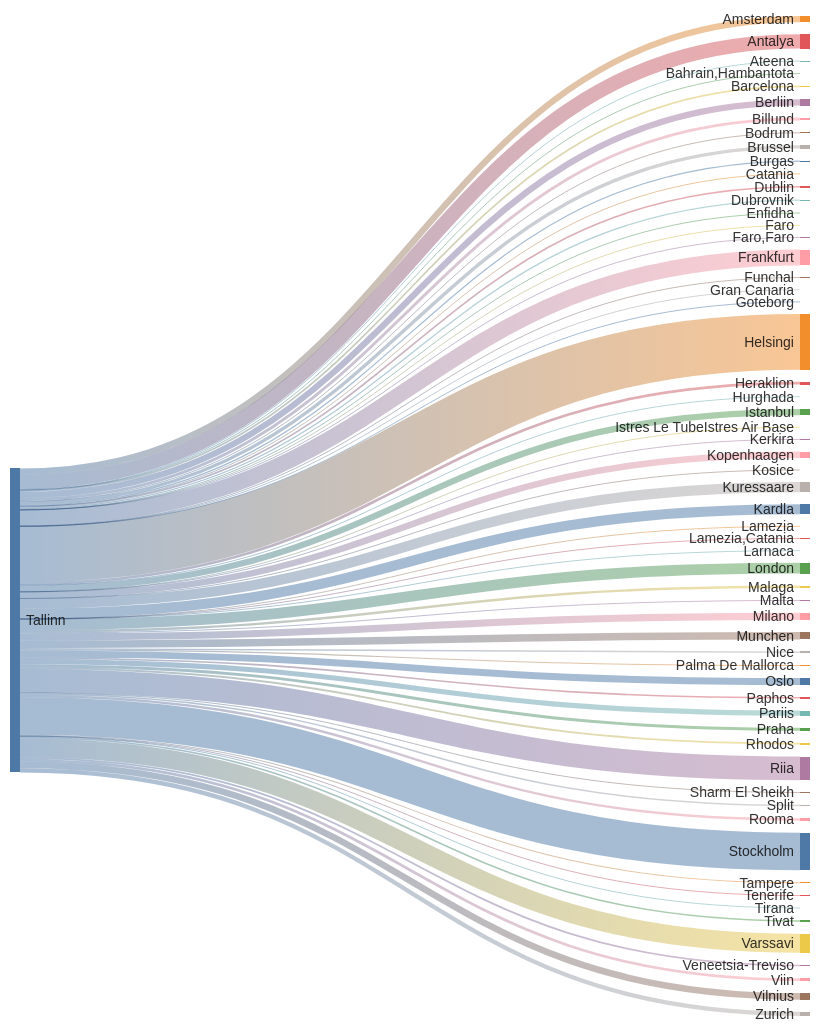
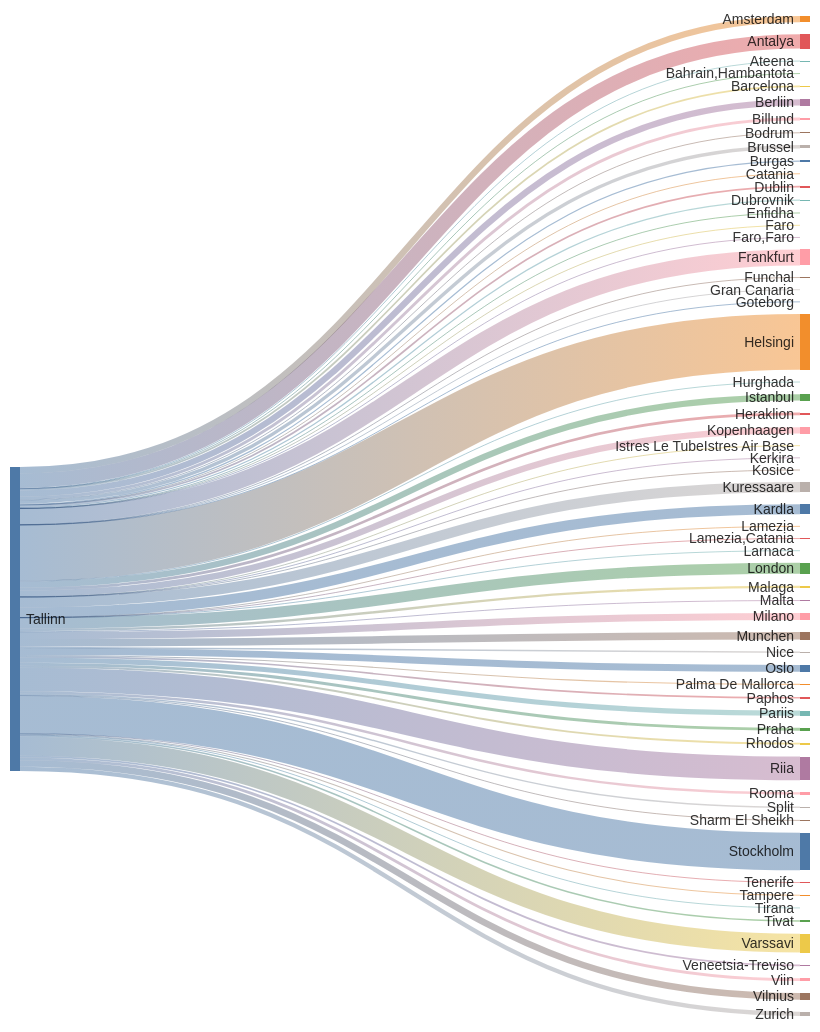
Before and after one commit to rainermesi/tll-airport-departures: the second of 2 diagrams in README.md, drawn with Mermaid. The commit also changed other lines of this file, not shown here.

````diff
--- a/README.md
+++ b/README.md
@@ -34,72 +34,72 @@
 ```mermaid
 ---
 config:
   sankey:
     showValues: false
     width: 800
     height: 1000
 ---
 sankey-beta
 %% source,target,value
-Tallinn,Amsterdam,105
-Tallinn,Antalya,242
+Tallinn,Amsterdam,106
+Tallinn,Antalya,243
 Tallinn,Ateena,16
 Tallinn,"Bahrain,Hambantota",1
 Tallinn,Barcelona,29
-Tallinn,Berliin,105
+Tallinn,Berliin,106
 Tallinn,Billund,49
 Tallinn,Bodrum,11
 Tallinn,Brussel,57
 Tallinn,Burgas,21
 Tallinn,Catania,2
-Tallinn,Dublin,28
+Tallinn,Dublin,29
 Tallinn,Dubrovnik,21
 Tallinn,Enfidha,7
 Tallinn,Faro,4
 Tallinn,"Faro,Faro",1
-Tallinn,Frankfurt,268
+Tallinn,Frankfurt,270
 Tallinn,Funchal,3
 Tallinn,Gran Canaria,4
 Tallinn,Goteborg,1
-Tallinn,Helsingi,940
+Tallinn,Helsingi,946
 Tallinn,Heraklion,46
-Tallinn,Hurghada,7
-Tallinn,Istanbul,105
+Tallinn,Hurghada,9
+Tallinn,Istanbul,106
 Tallinn,Istres Le TubeIstres Air Base,2
 Tallinn,Kerkira,4
 Tallinn,Kopenhaagen,108
 Tallinn,Kosice,1
-Tallinn,Kuressaare,171
-Tallinn,Kardla,171
+Tallinn,Kuressaare,172
+Tallinn,Kardla,172
 Tallinn,Lamezia,1
 Tallinn,"Lamezia,Catania",3
 Tallinn,Larnaca,4
-Tallinn,London,182
+Tallinn,London,184
 Tallinn,Malaga,41
-Tallinn,Malta,14
+Tallinn,Malta,15
 Tallinn,Milano,119
-Tallinn,Munchen,126
+Tallinn,Munchen,127
 Tallinn,Nice,25
 Tallinn,Oslo,116
 Tallinn,Palma De Mallorca,19
 Tallinn,Paphos,28
 Tallinn,Pariis,87
 Tallinn,Praha,49
 Tallinn,Rhodos,32
-Tallinn,Riia,397
+Tallinn,Riia,401
 Tallinn,Rooma,41
-Tallinn,Sharm El Sheikh,9
+Tallinn,Sharm El Sheikh,10
 Tallinn,Split,25
-Tallinn,Stockholm,635
+Tallinn,Stockholm,638
 Tallinn,Tampere,17
 Tallinn,Tenerife,6
 Tallinn,Tirana,8
 Tallinn,Tivat,26
-Tallinn,Varssavi,318
+Tallinn,Varssavi,320
 Tallinn,Veneetsia-Treviso,29
-Tallinn,Viin,46
+Tallinn,Viin,47
 Tallinn,Vilnius,111
-Tallinn,Zurich,72
+Tallinn,Zurich,73
 
 
 ```
````
